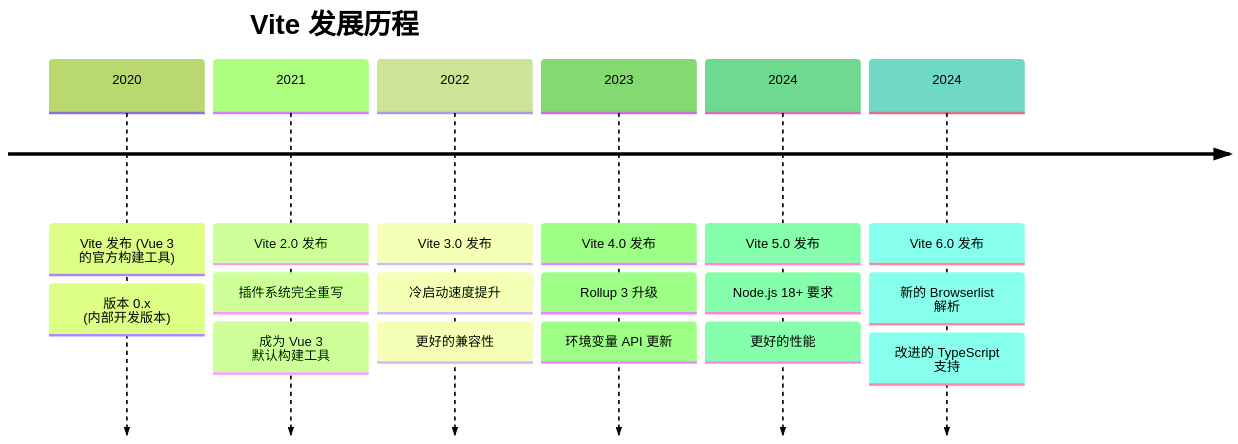
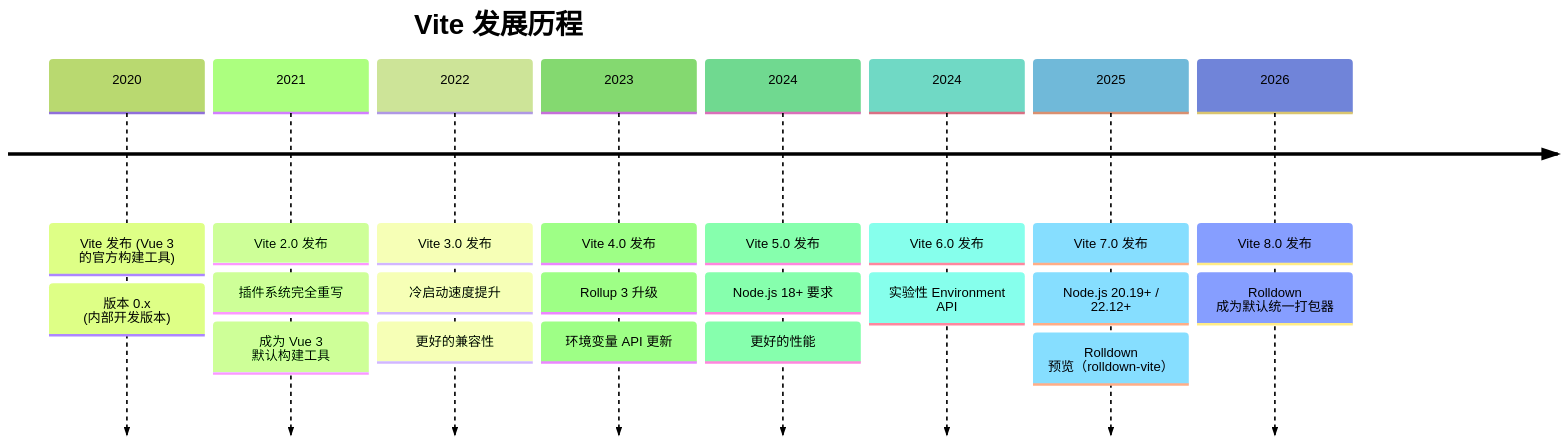
Before and after one commit to before80/prgms: the first of 5 diagrams in content/Js/tools/build/vite/Chapter-01-Knowing-Vite.md, drawn with Mermaid (forest theme). The commit also changed other lines of this file and 4787 other files, not shown here.

````diff
--- a/content/Js/tools/build/vite/Chapter-01-Knowing-Vite.md
+++ b/content/Js/tools/build/vite/Chapter-01-Knowing-Vite.md
@@ -41,21 +42,25 @@
 ```mermaid
 timeline
     title Vite 发展历程
     2020 : Vite 发布 (Vue 3 的官方构建工具)
          : 版本 0.x (内部开发版本)
     2021 : Vite 2.0 发布
          : 插件系统完全重写
          : 成为 Vue 3 默认构建工具
     2022 : Vite 3.0 发布
          : 冷启动速度提升
          : 更好的兼容性
     2023 : Vite 4.0 发布
          : Rollup 3 升级
          : 环境变量 API 更新
     2024 : Vite 5.0 发布
          : Node.js 18+ 要求
          : 更好的性能
     2024 : Vite 6.0 发布
-         : 新的 Browserlist 解析
-         : 改进的 TypeScript 支持
+         : 实验性 Environment API
+    2025 : Vite 7.0 发布
+         : Node.js 20.19+ / 22.12+
+         : Rolldown 预览（rolldown-vite）
+    2026 : Vite 8.0 发布
+         : Rolldown 成为默认统一打包器
 ```
````
